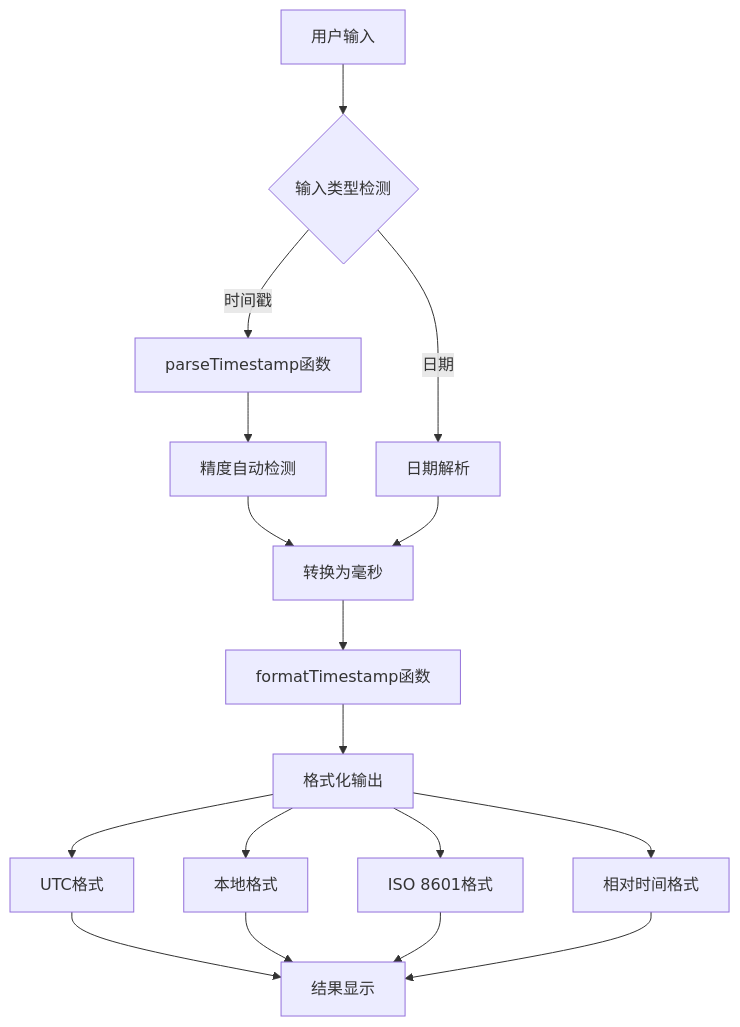
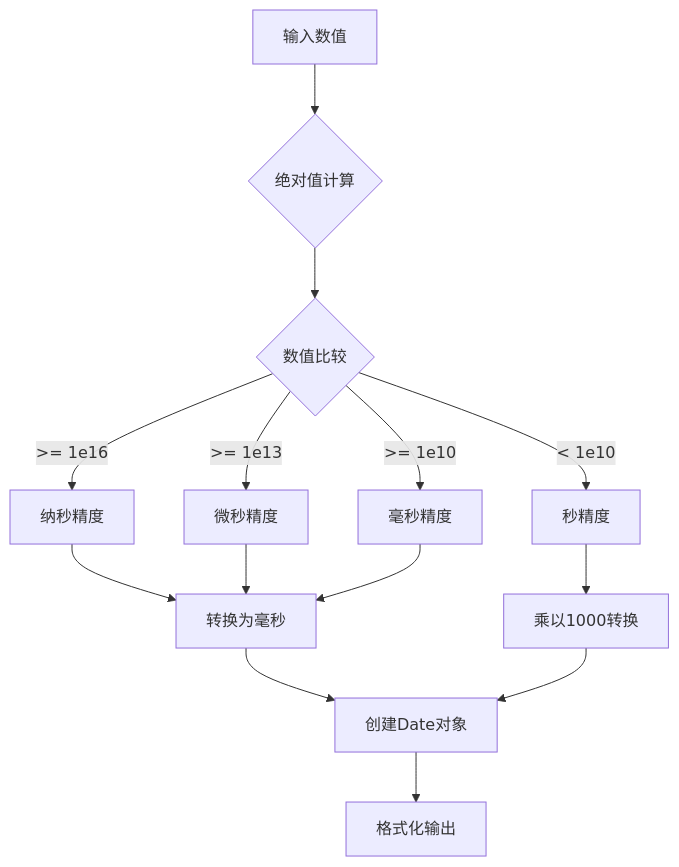
Before and after one commit to sgyy/privadeck: the seventh of 13 diagrams in .qoder/repowiki/zh/content/开发者工具/时间戳工具.md, drawn with Mermaid. The commit also changed other lines of this file and 48 other files, not shown here.

````diff
--- a/.qoder/repowiki/zh/content/开发者工具/时间戳工具.md
+++ b/.qoder/repowiki/zh/content/开发者工具/时间戳工具.md
@@ -200,19 +383,16 @@
 ```mermaid
 flowchart TD
-A[用户输入] --> B{输入类型检测}
-B --> |时间戳| C[parseTimestamp函数]
-B --> |日期| D[日期解析]
-C --> E[精度自动检测]
-E --> F[转换为毫秒]
-D --> F
-F --> G[formatTimestamp函数]
-G --> H[格式化输出]
-H --> I[UTC格式]
-H --> J[本地格式]
-H --> K[ISO 8601格式]
-H --> L[相对时间格式]
-I --> M[结果显示]
-J --> M
-K --> M
-L --> M
+A[输入数值] --> B{绝对值计算}
+B --> C{数值比较}
+C --> |>= 1e16| D[纳秒精度]
+C --> |>= 1e13| E[微秒精度]
+C --> |>= 1e10| F[毫秒精度]
+C --> |< 1e10| G[秒精度]
+D --> H[转换为毫秒]
+E --> H
+F --> H
+G --> I[乘以1000转换]
+H --> J[创建Date对象]
+I --> J
+J --> K[格式化输出]
 ```
````
